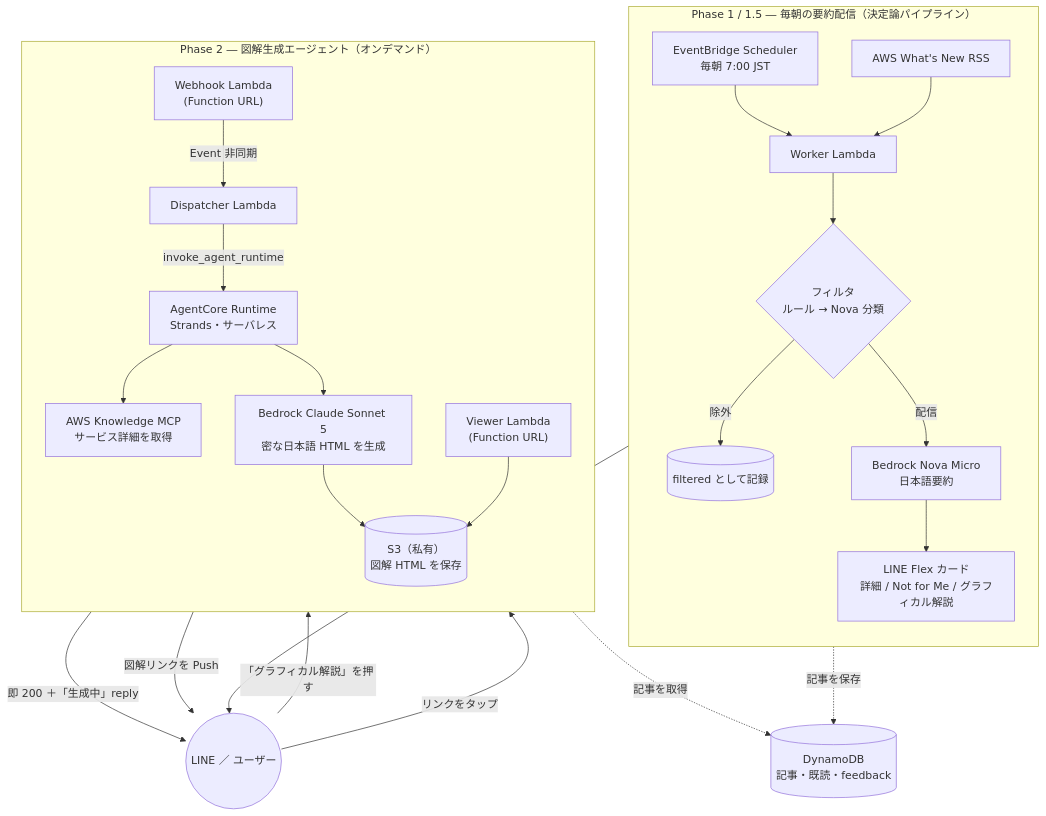
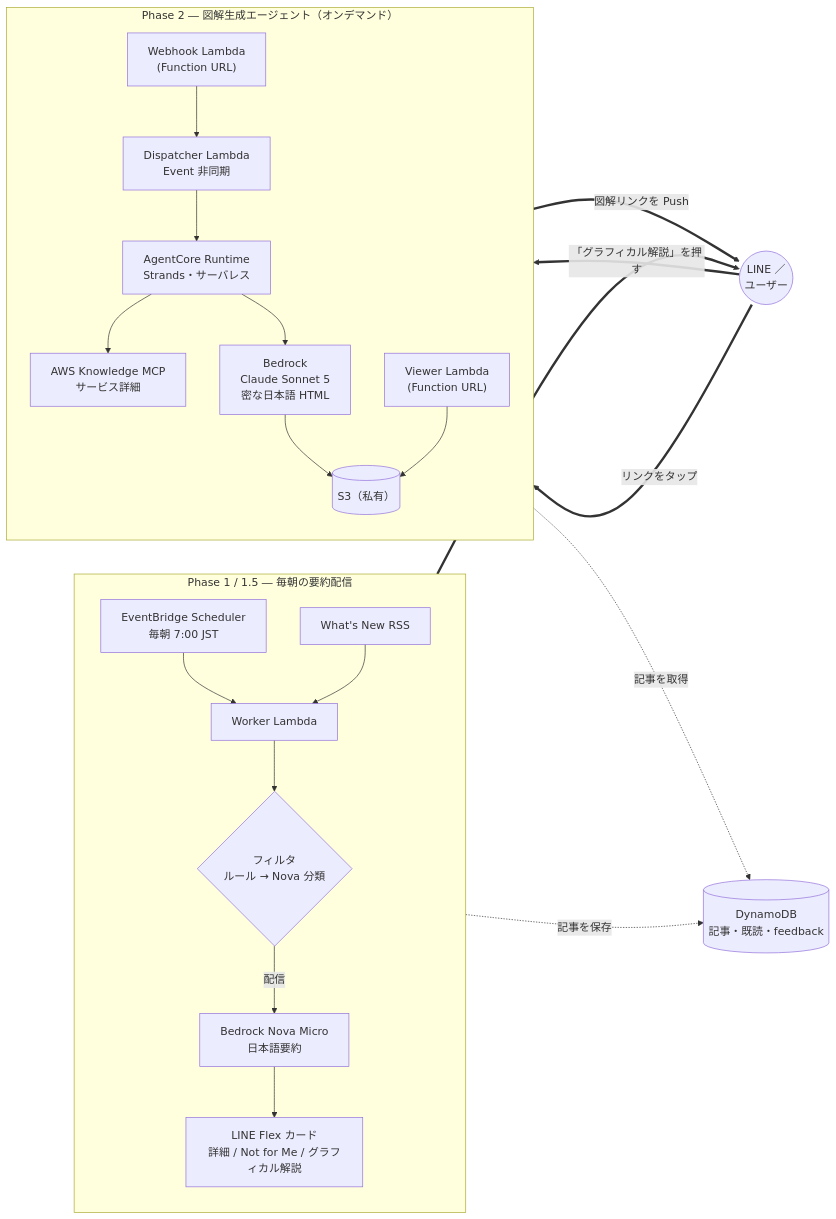
The diagram in README.md (tetutetu214/aws-whatsnew-agent), drawn with Mermaid before and after one commit. The commit also changed other lines of this file, not shown here.

Commit message:
docs(readme): 構成図を左=Phase1/右=Phase2の2カラムに、LINE/DynamoDBを中央配置し共有線を太線化

````diff
--- a/README.md
+++ b/README.md
@@ -14,34 +14,31 @@
 ```mermaid
-flowchart TB
-  subgraph P1["Phase 1 / 1.5 ― 毎朝の要約配信（決定論パイプライン）"]
+flowchart LR
+  subgraph P1["Phase 1 / 1.5 ― 毎朝の要約配信"]
     direction TB
     SCH["EventBridge Scheduler<br/>毎朝 7:00 JST"] --> W["Worker Lambda"]
-    RSS["AWS What's New RSS"] --> W
+    RSS["What's New RSS"] --> W
     W --> FIL{"フィルタ<br/>ルール → Nova 分類"}
-    FIL -->|除外| FLT[("filtered として記録")]
     FIL -->|配信| SUM["Bedrock Nova Micro<br/>日本語要約"]
     SUM --> CARD["LINE Flex カード<br/>詳細 / Not for Me / グラフィカル解説"]
   end
 
+  LINE(("LINE ／<br/>ユーザー"))
   DDB[("DynamoDB<br/>記事・既読・feedback")]
-  LINE(("LINE ／ ユーザー"))
-
-  W -. 記事を保存 .-> DDB
-  CARD --> LINE
-  LINE -->|「グラフィカル解説」を押す| WH
 
   subgraph P2["Phase 2 ― 図解生成エージェント（オンデマンド）"]
     direction TB
-    WH["Webhook Lambda<br/>(Function URL)"] -->|Event 非同期| DIS["Dispatcher Lambda"]
-    DIS -->|invoke_agent_runtime| AC["AgentCore Runtime<br/>Strands・サーバレス"]
-    AC --> MCP["AWS Knowledge MCP<br/>サービス詳細を取得"]
-    AC --> CLA["Bedrock Claude Sonnet 5<br/>密な日本語 HTML を生成"]
-    CLA --> S3[("S3（私有）<br/>図解 HTML を保存")]
+    WH["Webhook Lambda<br/>(Function URL)"] --> DIS["Dispatcher Lambda<br/>Event 非同期"]
+    DIS --> AC["AgentCore Runtime<br/>Strands・サーバレス"]
+    AC --> MCP["AWS Knowledge MCP<br/>サービス詳細"]
+    AC --> CLA["Bedrock<br/>Claude Sonnet 5<br/>密な日本語 HTML"]
+    CLA --> S3[("S3（私有）")]
     VIEW["Viewer Lambda<br/>(Function URL)"] --> S3
   end
 
-  WH -->|即 200 ＋「生成中」reply| LINE
+  CARD ==> LINE
+  LINE ==>|「グラフィカル解説」を押す| WH
+  AC ==>|図解リンクを Push| LINE
+  LINE ==>|リンクをタップ| VIEW
+  W -. 記事を保存 .-> DDB
   AC -. 記事を取得 .-> DDB
-  AC -->|図解リンクを Push| LINE
-  LINE -->|リンクをタップ| VIEW
 ```
````
